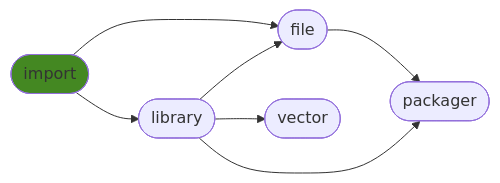
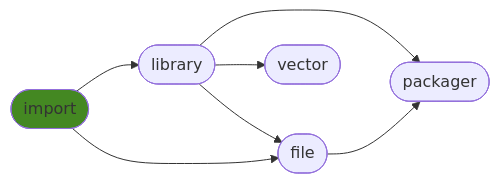
The diagram in README.md (ManderaGeneral/generalimport), drawn with Mermaid before and after one commit. The commit also changed other lines of this file, not shown here.

````diff
--- a/README.md
+++ b/README.md
@@ -21,15 +21,15 @@
 ```mermaid
 flowchart LR
+1([library]) --> 2([file])
+1([library]) --> 4([packager])
+0([import]) --> 2([file])
+1([library]) --> 3([vector])
 2([file]) --> 4([packager])
-1([library]) --> 4([packager])
 0([import]) --> 1([library])
-0([import]) --> 2([file])
-1([library]) --> 2([file])
-1([library]) --> 3([vector])
 click 0 "https://github.com/ManderaGeneral/generalimport"
 click 1 "https://github.com/ManderaGeneral/generallibrary"
 click 2 "https://github.com/ManderaGeneral/generalfile"
 click 3 "https://github.com/ManderaGeneral/generalvector"
 click 4 "https://github.com/ManderaGeneral/generalpackager"
 style 0 fill:#482
 ```
````
